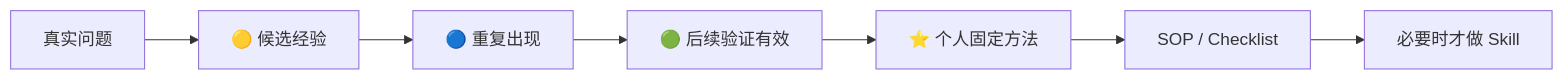
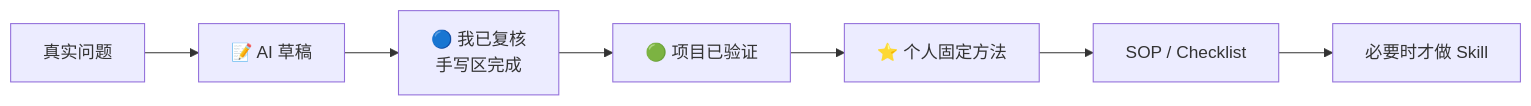
The diagram in content/experience/index.md (yinhui198456/ai-coding-playbook), drawn with Mermaid before and after one commit. The commit also changed other lines of this file and 17 other files, not shown here.

````diff
--- a/content/experience/index.md
+++ b/content/experience/index.md
@@ -13,9 +13,9 @@
 ```mermaid
 flowchart LR
-    A[真实问题] --> B[🟡 候选经验]
-    B --> C[🔵 重复出现]
-    C --> D[🟢 后续验证有效]
+    A[真实问题] --> B[📝 AI 草稿]
+    B --> C[🔵 我已复核<br>手写区完成]
+    C --> D[🟢 项目已验证]
     D --> E[⭐ 个人固定方法]
     E --> F[SOP / Checklist]
     F --> G[必要时才做 Skill]
 ```
````
